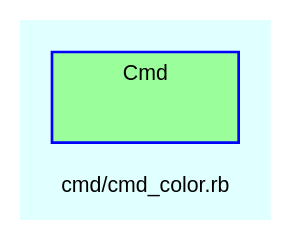
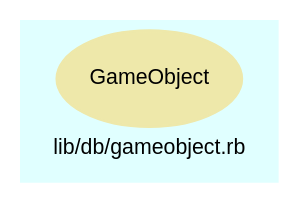
Before and after one commit to Tyche/teensymud: the diagram in doc/dot/f_29.dot, drawn with Graphviz. The commit also changed 154 other files, not shown here.

Commit message:
Created lib/db directory and moved database.rb there. Split out game object classes in tmud.rb to lib/db. Renamed Obj to GameObject. Added test modules for game objects. Added TML documentation file.

```diff
--- a/doc/dot/f_29.dot
+++ b/doc/dot/f_29.dot
@@ -1,29 +1,22 @@
 digraph TopLevel {
     compound = true
     bgcolor = lightcyan1
     fontname = Arial
     fontsize = 8
-    label = "cmd/cmd_color.rb"
+    label = "lib/db/gameobject.rb"
     node [
         fontname = Arial,
         fontsize = 8,
         color = black
     ]
 
-    subgraph cluster_Cmd {
-        fillcolor = palegreen1
-        URL = "classes/Cmd.html"
-        fontname = Arial
-        color = blue
-        label = "Cmd"
-        style = filled
-        Cmd [
-            shape = plaintext,
-            height = 0.01,
-            width = 0.75,
-            label = ""
-        ]
-
-    }
+    GameObject [
+        fontcolor = black,
+        URL = "classes/GameObject.html",
+        shape = ellipse,
+        color = palegoldenrod,
+        style = filled,
+        label = "GameObject"
+    ]
 
 }
```
